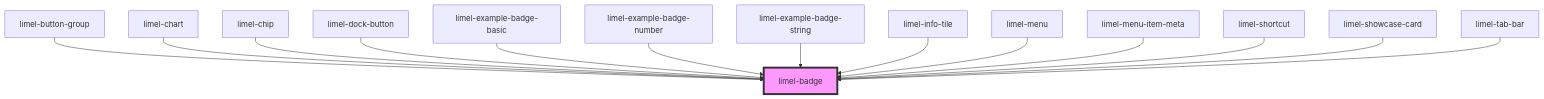
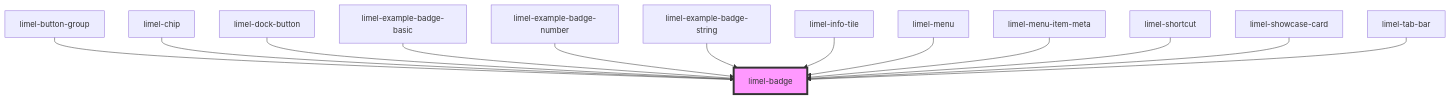
Before and after one commit to Lundalogik/lime-elements: the diagram in versions/PR-4473/markdown-docs/components/badge/readme.md, drawn with Mermaid. The commit also changed other lines of this file and 614 other files, not shown here.

````diff
--- a/versions/PR-4473/markdown-docs/components/badge/readme.md
+++ b/versions/PR-4473/markdown-docs/components/badge/readme.md
@@ -36,17 +35,16 @@
 ```mermaid
 graph TD;
   limel-button-group --> limel-badge
-  limel-chart --> limel-badge
   limel-chip --> limel-badge
   limel-dock-button --> limel-badge
   limel-example-badge-basic --> limel-badge
   limel-example-badge-number --> limel-badge
   limel-example-badge-string --> limel-badge
   limel-info-tile --> limel-badge
   limel-menu --> limel-badge
   limel-menu-item-meta --> limel-badge
   limel-shortcut --> limel-badge
   limel-showcase-card --> limel-badge
   limel-tab-bar --> limel-badge
   style limel-badge fill:#f9f,stroke:#333,stroke-width:4px
 ```
````
